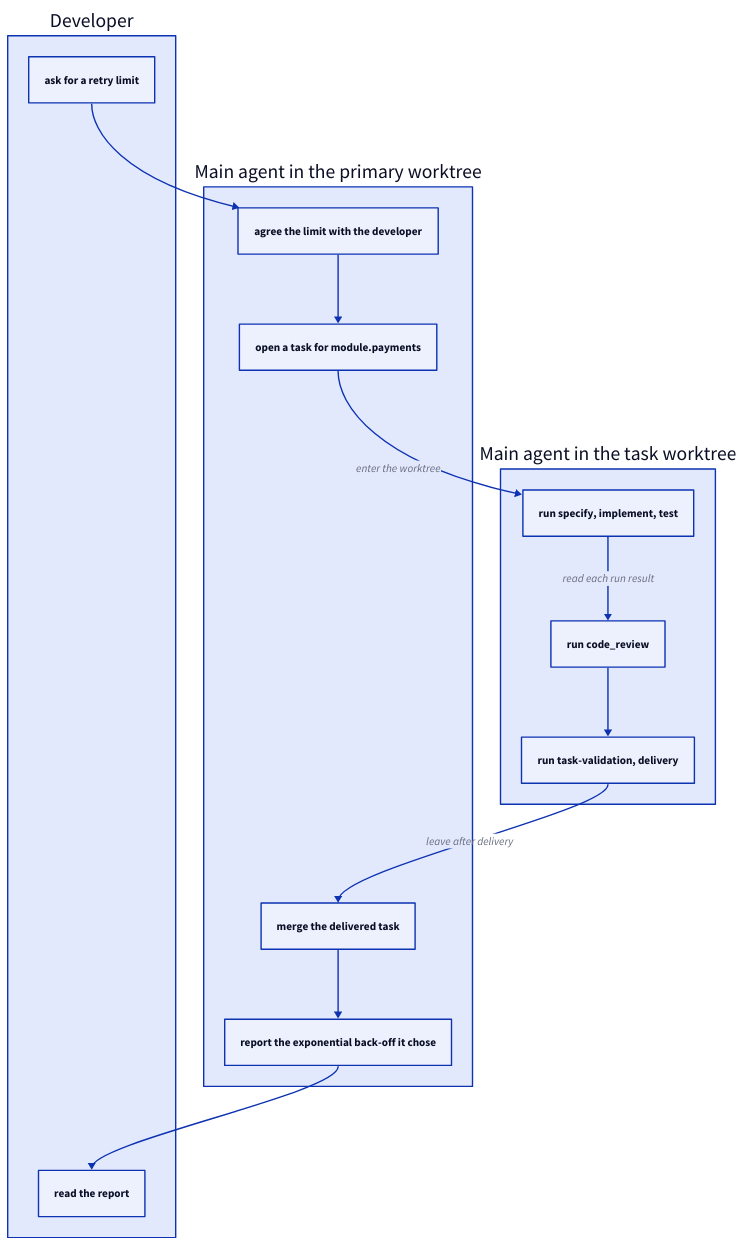
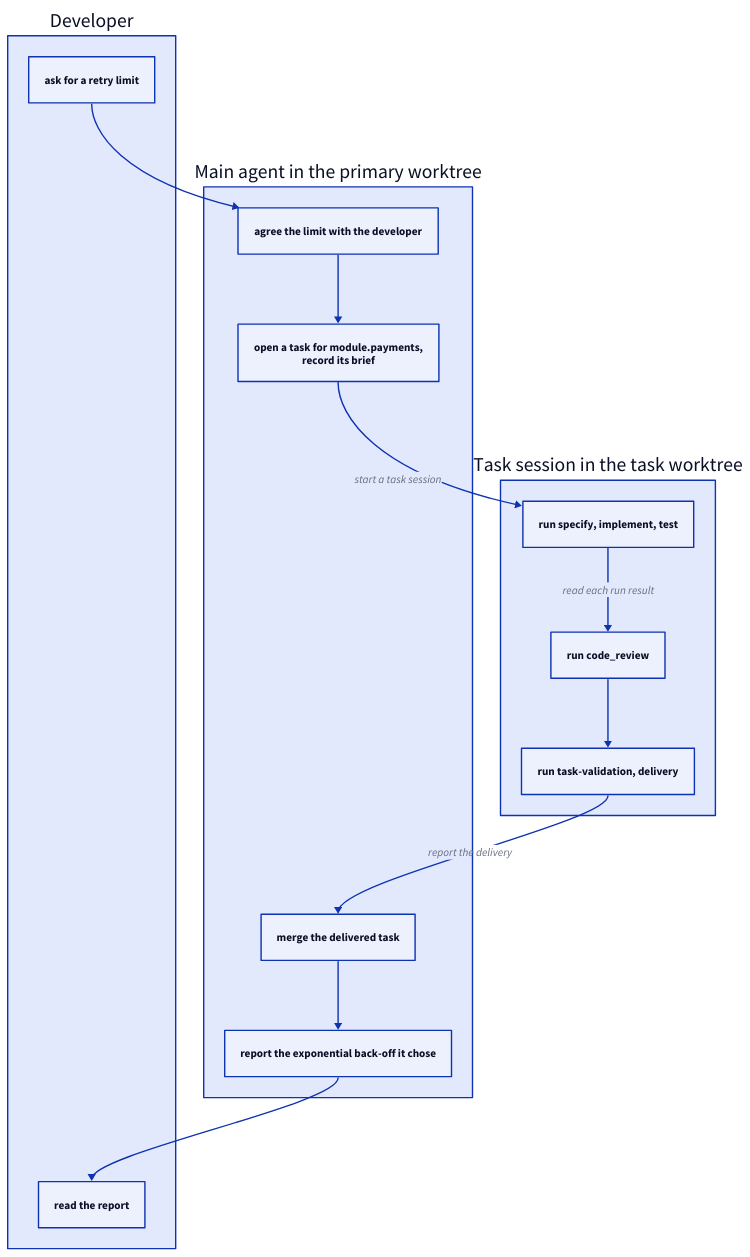
Before and after one commit to FTOD/concorde: the first of 5 diagrams in specs/concorde/coordination/main-session/module.md, drawn with D2. The commit also changed other lines of this file and 9 other files, not shown here.

First line of the commit message:
Main session: every task goes to a task session; decisions go up and come back together

````diff
--- a/specs/concorde/coordination/main-session/module.md
+++ b/specs/concorde/coordination/main-session/module.md
@@ -93,26 +102,26 @@
 ```d2 illustrative
 direction: down
 developer: Developer {
   ask: ask for a retry limit
   read: read the report
 }
 primary: Main agent in the primary worktree {
   agree: agree the limit with the developer
-  open: open a task for module.payments
+  open: "open a task for module.payments,\nrecord its brief"
   merge: merge the delivered task
   report: report the exponential back-off it chose
 }
-task: Main agent in the task worktree {
+task: Task session in the task worktree {
   work: run specify, implement, test
   review: run code_review
   deliver: run task-validation, delivery
 }
 developer.ask -> primary.agree
 primary.agree -> primary.open
-primary.open -> task.work: enter the worktree
+primary.open -> task.work: start a task session
 task.work -> task.review: read each run result
 task.review -> task.deliver
-task.deliver -> primary.merge: leave after delivery
+task.deliver -> primary.merge: report the delivery
 primary.merge -> primary.report
 primary.report -> developer.read
 ```
````
